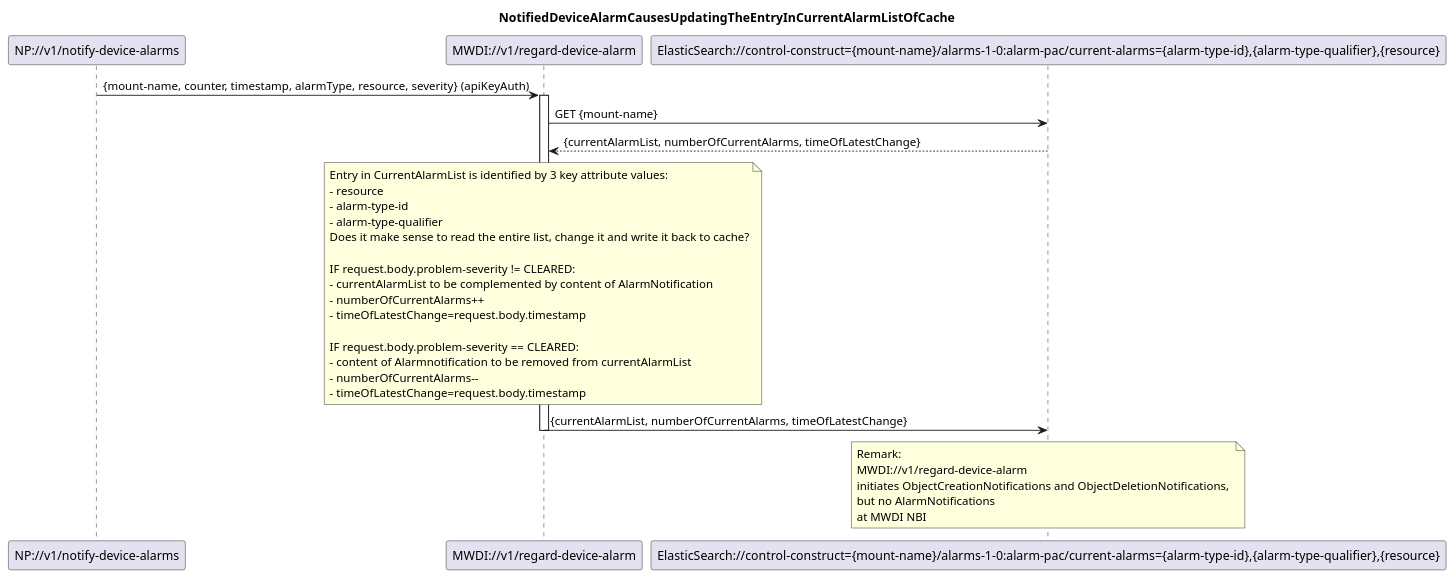
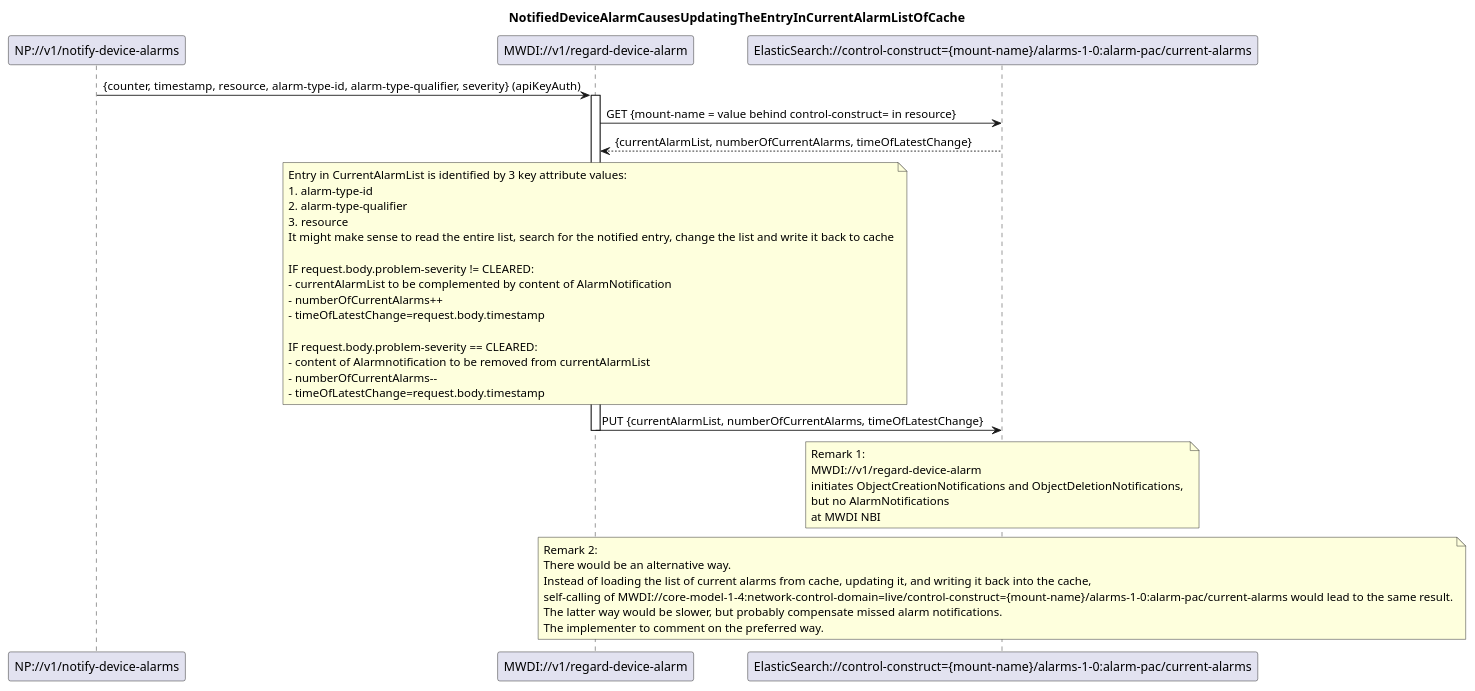
The diagram in spec/diagrams/022_NotificationBasedAlarmListUpdate.plantuml (openBackhaul/MicroWaveDeviceInventory), drawn with PlantUML before and after one commit. The commit also changed 20 other files, not shown here.

Commit message:
Review diagrams, services, forwardings, oas

```diff
--- a/spec/diagrams/022_NotificationBasedAlarmListUpdate.plantuml
+++ b/spec/diagrams/022_NotificationBasedAlarmListUpdate.plantuml
@@ -1,46 +1,55 @@
 @startuml 022_NotificationBasedAlarmListUpdate
 
 skinparam responseMessageBelowArrow true
 
 title NotifiedDeviceAlarmCausesUpdatingTheEntryInCurrentAlarmListOfCache
 
 participant "NP://v1/notify-device-alarms" as subscription
 participant "MWDI://v1/regard-device-alarm" as regardAlarm
-participant "ElasticSearch://control-construct={mount-name}/alarms-1-0:alarm-pac/current-alarms={alarm-type-id},{alarm-type-qualifier},{resource}" as CurrentAlarms
+participant "ElasticSearch://control-construct={mount-name}/alarms-1-0:alarm-pac/current-alarms" as CurrentAlarms
 
-subscription -> regardAlarm: {mount-name, counter, timestamp, alarmType, resource, severity} (apiKeyAuth)
+subscription -> regardAlarm: {counter, timestamp, resource, alarm-type-id, alarm-type-qualifier, severity} (apiKeyAuth)
 activate regardAlarm
 
-regardAlarm -> CurrentAlarms: GET {mount-name}
+regardAlarm -> CurrentAlarms: GET {mount-name = value behind control-construct= in resource}
 CurrentAlarms --> regardAlarm: {currentAlarmList, numberOfCurrentAlarms, timeOfLatestChange}
 
 note over regardAlarm
 Entry in CurrentAlarmList is identified by 3 key attribute values:
-- resource
-- alarm-type-id
-- alarm-type-qualifier
-Does it make sense to read the entire list, change it and write it back to cache?
+1. alarm-type-id
+2. alarm-type-qualifier
+3. resource
+It might make sense to read the entire list, search for the notified entry, change the list and write it back to cache
 
 IF request.body.problem-severity != CLEARED:
 - currentAlarmList to be complemented by content of AlarmNotification
 - numberOfCurrentAlarms++
 - timeOfLatestChange=request.body.timestamp
 
 IF request.body.problem-severity == CLEARED:
 - content of Alarmnotification to be removed from currentAlarmList
 - numberOfCurrentAlarms--
 - timeOfLatestChange=request.body.timestamp
 end note
 
-regardAlarm -> CurrentAlarms: {currentAlarmList, numberOfCurrentAlarms, timeOfLatestChange}
+regardAlarm -> CurrentAlarms: PUT {currentAlarmList, numberOfCurrentAlarms, timeOfLatestChange}
 deactivate regardAlarm
 
 note over CurrentAlarms
-Remark: 
+Remark 1: 
 MWDI://v1/regard-device-alarm 
 initiates ObjectCreationNotifications and ObjectDeletionNotifications, 
 but no AlarmNotifications 
 at MWDI NBI
 end note
 
+note over CurrentAlarms
+Remark 2: 
+There would be an alternative way.
+Instead of loading the list of current alarms from cache, updating it, and writing it back into the cache,
+self-calling of MWDI://core-model-1-4:network-control-domain=live/control-construct={mount-name}/alarms-1-0:alarm-pac/current-alarms would lead to the same result.
+The latter way would be slower, but probably compensate missed alarm notifications.
+The implementer to comment on the preferred way.
+end note
+
 @enduml
```
